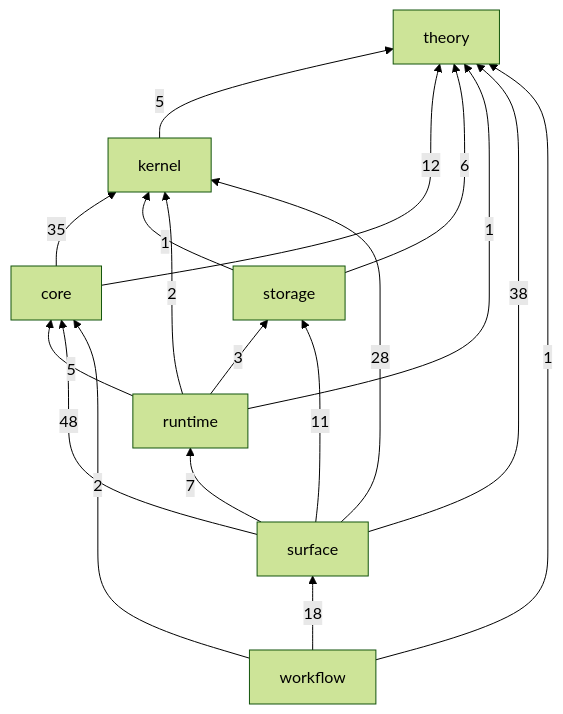
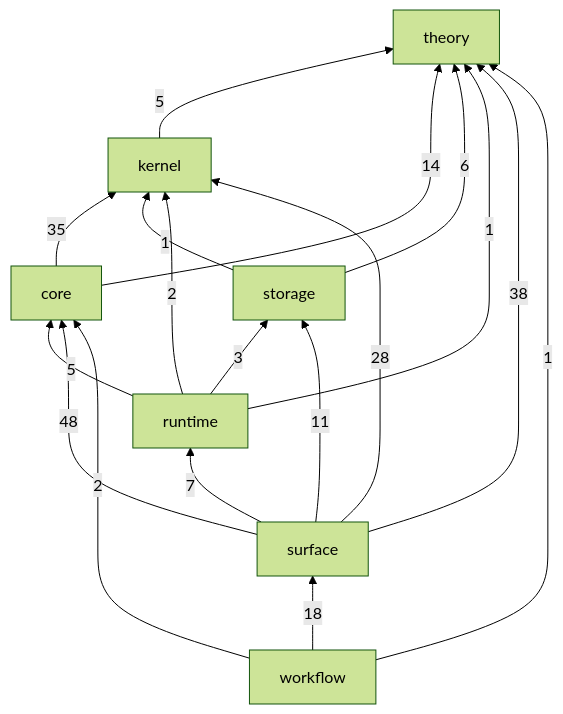
The first of 2 diagrams in crates/README.md (gandr-lang/gandr), drawn with Mermaid (forest theme) before and after one commit. The commit also changed 4 other files, not shown here.

````diff
--- a/crates/README.md
+++ b/crates/README.md
@@ -27,27 +27,27 @@
 ```mermaid
 flowchart BT
   theory
   kernel
   core
   storage
   runtime
   surface
   workflow
   kernel -->|5| theory
-  core -->|12| theory
+  core -->|14| theory
   core -->|35| kernel
   storage -->|6| theory
   storage -->|1| kernel
   runtime -->|1| theory
   runtime -->|2| kernel
   runtime -->|5| core
   runtime -->|3| storage
   surface -->|38| theory
   surface -->|28| kernel
   surface -->|48| core
   surface -->|11| storage
   surface -->|7| runtime
   workflow -->|1| theory
   workflow -->|2| core
   workflow -->|18| surface
 ```
````
